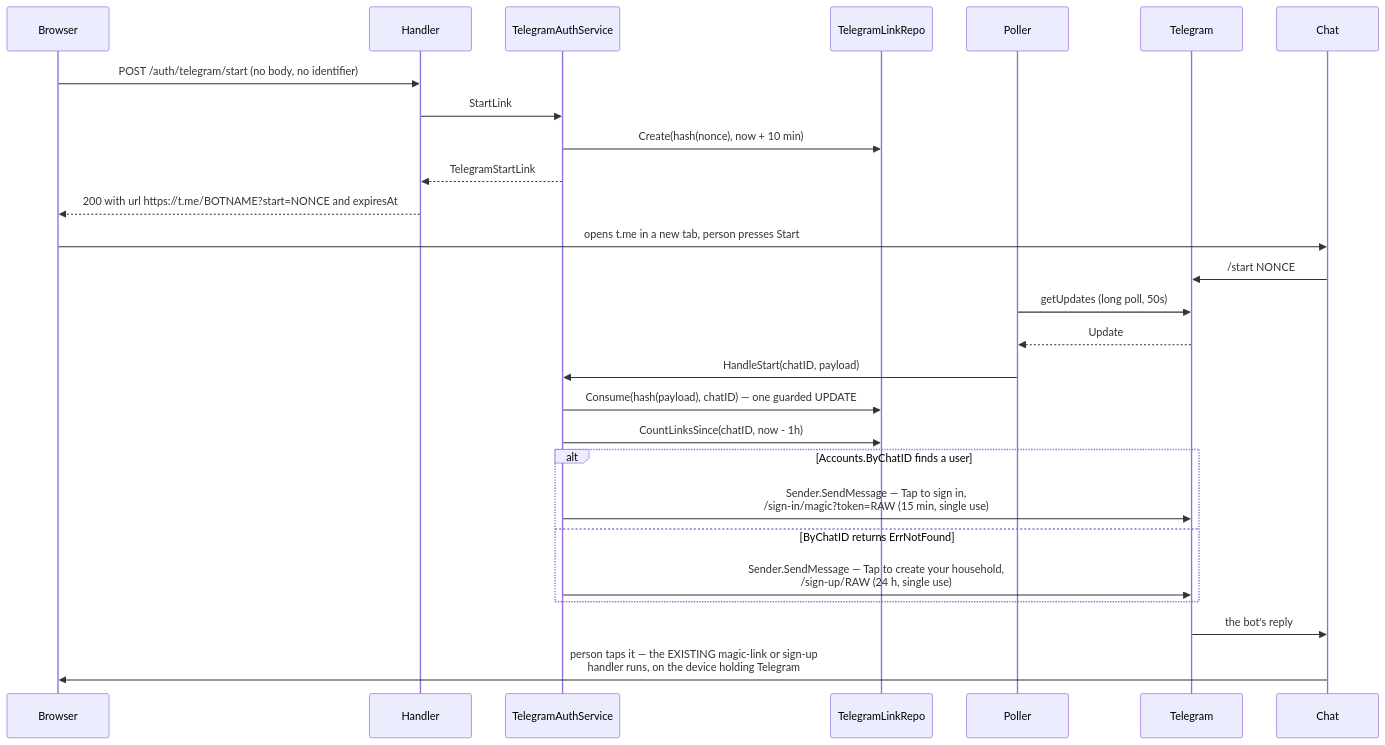
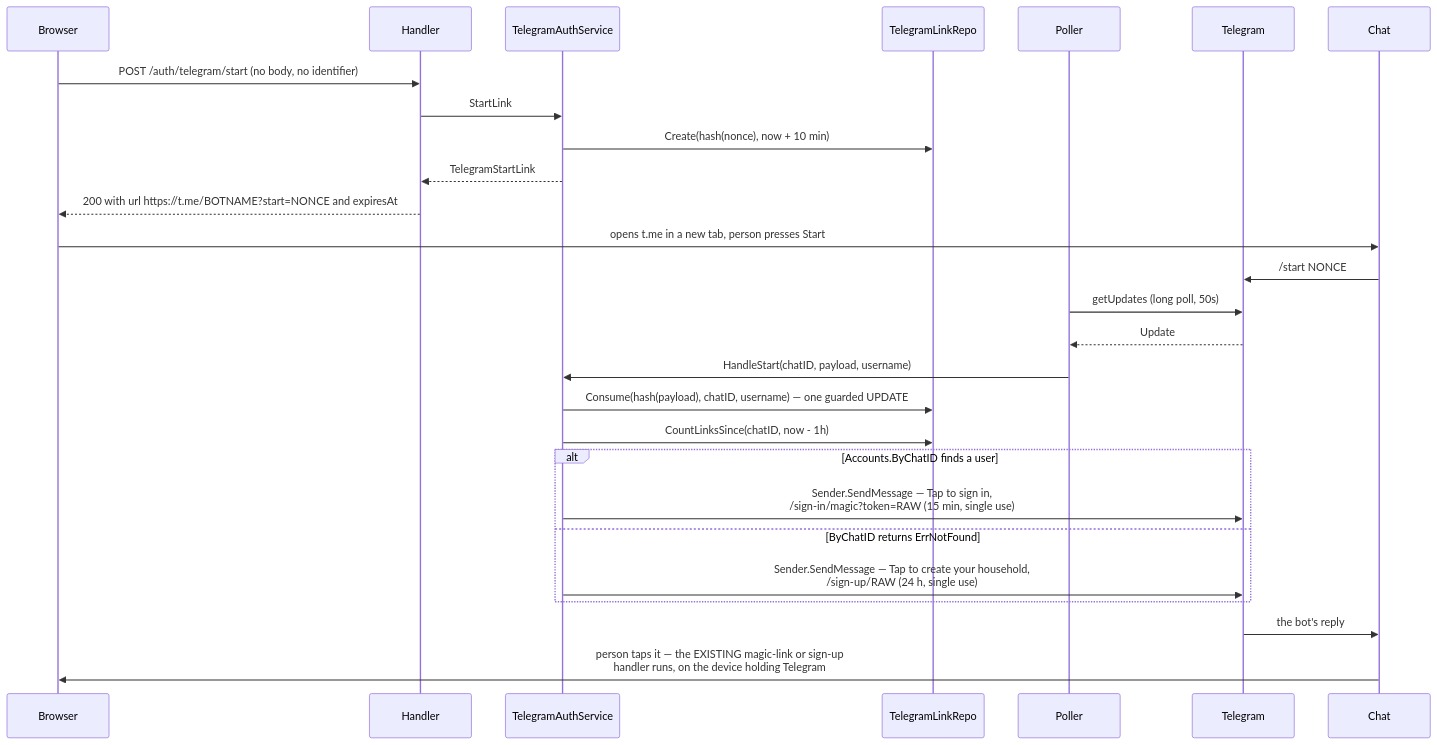
One commit to oandrz/Household changed diagram 12 of 23 in docs/SYSTEM_DESIGN.md. Above: the diagram before and after it, drawn with Mermaid. The commit also changed other lines of this file and 6 other files, not shown here.

````diff
--- a/docs/SYSTEM_DESIGN.md
+++ b/docs/SYSTEM_DESIGN.md
@@ -1534,30 +1534,30 @@
 ```mermaid
 sequenceDiagram
     participant B as Browser
     participant H as Handler
     participant T as TelegramAuthService
     participant L as TelegramLinkRepo
     participant P as Poller
     participant TG as Telegram
     participant C as Chat
 
     B->>H: POST /auth/telegram/start (no body, no identifier)
     H->>T: StartLink
     T->>L: Create(hash(nonce), now + 10 min)
     T-->>H: TelegramStartLink
     H-->>B: 200 with url https://t.me/BOTNAME?start=NONCE and expiresAt
     B->>C: opens t.me in a new tab, person presses Start
     C->>TG: /start NONCE
     P->>TG: getUpdates (long poll, 50s)
     TG-->>P: Update
-    P->>T: HandleStart(chatID, payload)
-    T->>L: Consume(hash(payload), chatID) — one guarded UPDATE
+    P->>T: HandleStart(chatID, payload, username)
+    T->>L: Consume(hash(payload), chatID, username) — one guarded UPDATE
     T->>L: CountLinksSince(chatID, now - 1h)
     alt Accounts.ByChatID finds a user
         T->>TG: Sender.SendMessage — Tap to sign in,<br/>/sign-in/magic?token=RAW (15 min, single use)
     else ByChatID returns ErrNotFound
         T->>TG: Sender.SendMessage — Tap to create your household,<br/>/sign-up/RAW (24 h, single use)
     end
     TG->>C: the bot's reply
     C->>B: person taps it — the EXISTING magic-link or sign-up<br/>handler runs, on the device holding Telegram
 ```
````
